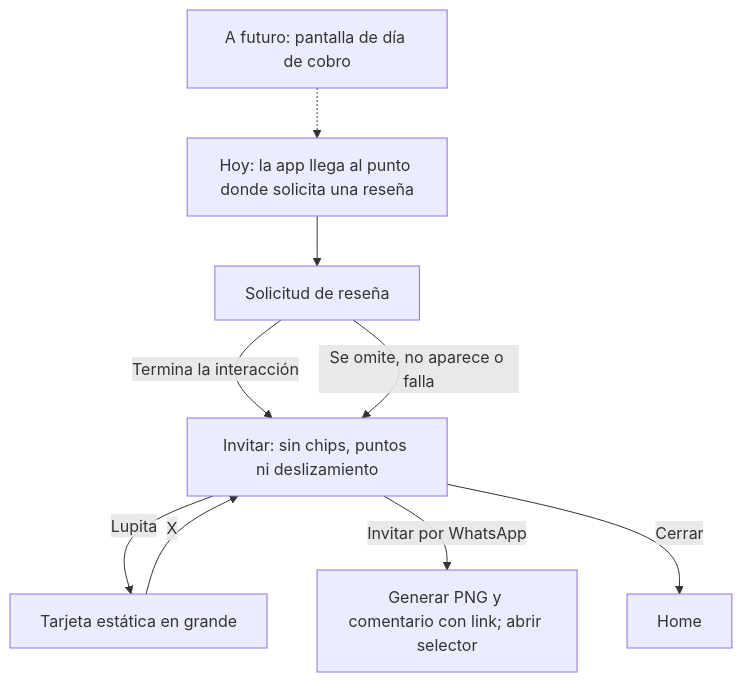
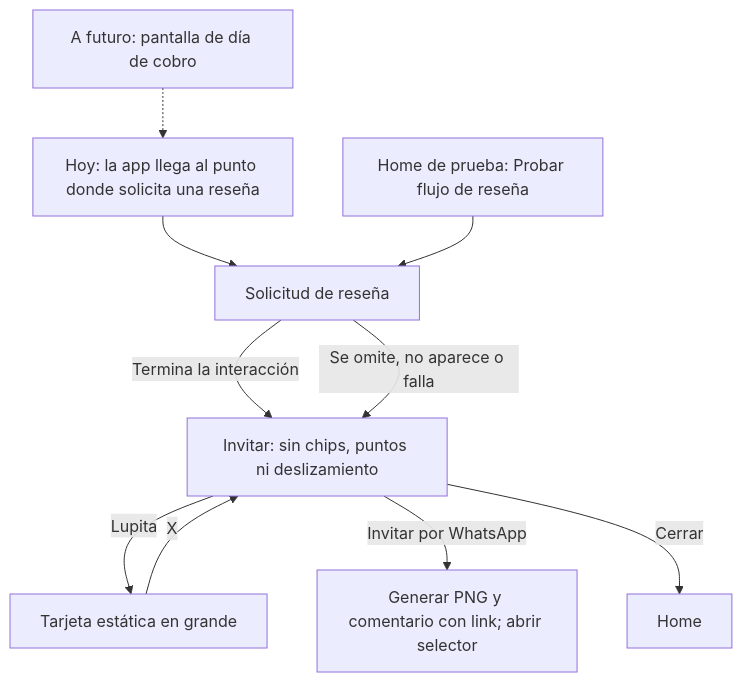
Before and after one commit to oscarmiranda90/tuturno-referidos-mini: the second of 2 diagrams in README.md, drawn with Mermaid. The commit also changed other lines of this file and 12 other files, not shown here.

Commit message:
Expose review flow from demo Home and ship Android APK 1.0.1

````diff
--- a/README.md
+++ b/README.md
@@ -112,11 +118,12 @@
 ```mermaid
 flowchart TD
     F["A futuro: pantalla de día de cobro"] -.-> E
     E["Hoy: la app llega al punto donde solicita una reseña"] --> Q["Solicitud de reseña"]
+    D["Home de prueba: Probar flujo de reseña"] --> Q
     Q -->|Termina la interacción| I["Invitar: sin chips, puntos ni deslizamiento"]
     Q -->|Se omite, no aparece o falla| I
     I -->|Lupita| P["Tarjeta estática en grande"]
     P -->|X| I
     I -->|Invitar por WhatsApp| G["Generar PNG y comentario con link; abrir selector"]
     I -->|Cerrar| H["Home"]
 ```
````
